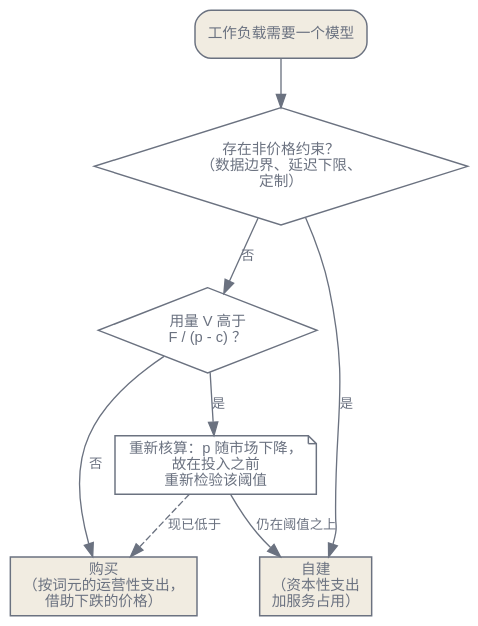
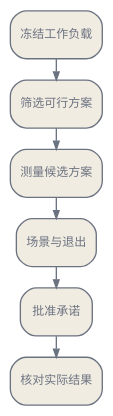
One commit to latere-ai/ai-as-an-infrastructure changed the second of 2 diagrams in zh/ecosystem/04-economics.qmd. Above: the diagram before and after it, drawn with Graphviz. The commit also changed other lines of this file and 4 other files, not shown here.

````diff
--- a/zh/ecosystem/04-economics.qmd
+++ b/zh/ecosystem/04-economics.qmd
@@ -187,25 +241,22 @@
 ```{dot}
-//| label: fig-economics-build-buy
-//| fig-cap: "自建与购买的决策作为一条分支路径。非价格约束直接强制自建。否则由用量阈值决定，而下跌的 API 价格会在投入资本之前触发一次重新核算。"
-digraph build_buy {
+//| label: fig-economics-decision
+//| fig-cap: "只有持续核对实际结果，经济模型才不会失效。团队先固定可比较的工作负载，测量可行方案，分析不确定性与退出路径，再把发票和合格结果与预测逐项对照。"
+digraph economics_decision {
   bgcolor="transparent";
   rankdir=TB;
-  node [fontname="Helvetica", fontsize=11, color="#6b7280", fontcolor="#6b7280", penwidth=1.1];
-  edge [fontname="Helvetica", fontsize=10, color="#6b7280", fontcolor="#6b7280"];
-
-  start [shape=box, style="rounded,filled", fillcolor="#f1ece1", label="工作负载需要一个模型"];
-  constraint [shape=diamond, label="存在非价格约束？\n（数据边界、延迟下限、\n定制）"];
-  volume [shape=diamond, label="用量 V 高于\nF / (p - c) ？"];
-  build [shape=box, style=filled, fillcolor="#f1ece1", label="自建\n（资本性支出\n加服务占用）"];
-  buy [shape=box, style=filled, fillcolor="#f1ece1", label="购买\n（按词元的运营性支出，\n借助下跌的价格）"];
-  recheck [shape=note, label="重新核算：p 随市场下降，\n故在投入之前\n重新检验该阈值"];
-
-  start -> constraint;
-  constraint -> build [label="是"];
-  constraint -> volume [label="否"];
-  volume -> recheck [label="是"];
-  volume -> buy [label="否"];
-  recheck -> build [label="仍在阈值之上"];
-  recheck -> buy [label="现已低于", style=dashed];
+  pad="0.7,0.05";
+  nodesep=0.12;
+  ranksep=0.22;
+  node [shape=box, style="rounded,filled", fontname="Helvetica", fontsize=9,
+        color="#6b7280", fontcolor="#6b7280", fillcolor="#f1ece1",
+        margin="0.10,0.07"];
+  edge [color="#6b7280", arrowsize=0.6];
+  W [label="冻结工作负载"];
+  F [label="筛选可行方案"];
+  M [label="测量候选方案"];
+  S [label="场景与退出"];
+  C [label="批准承诺"];
+  R [label="核对实际结果"];
+  W -> F -> M -> S -> C -> R;
 }
 ```
````
